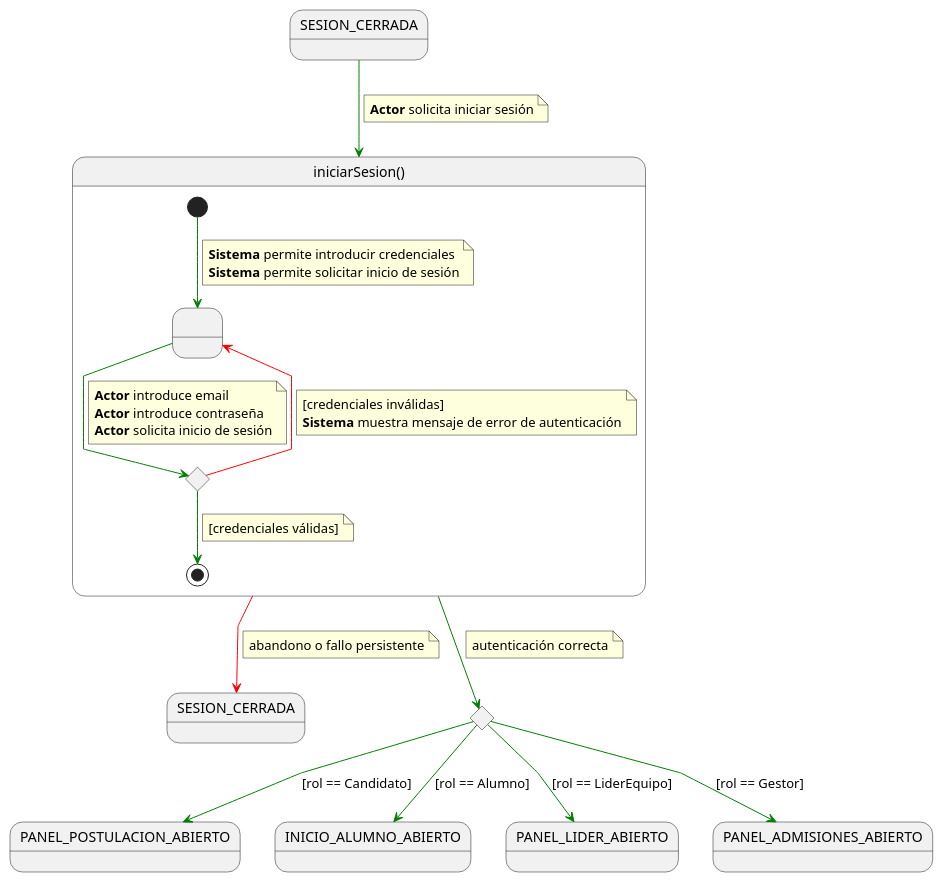
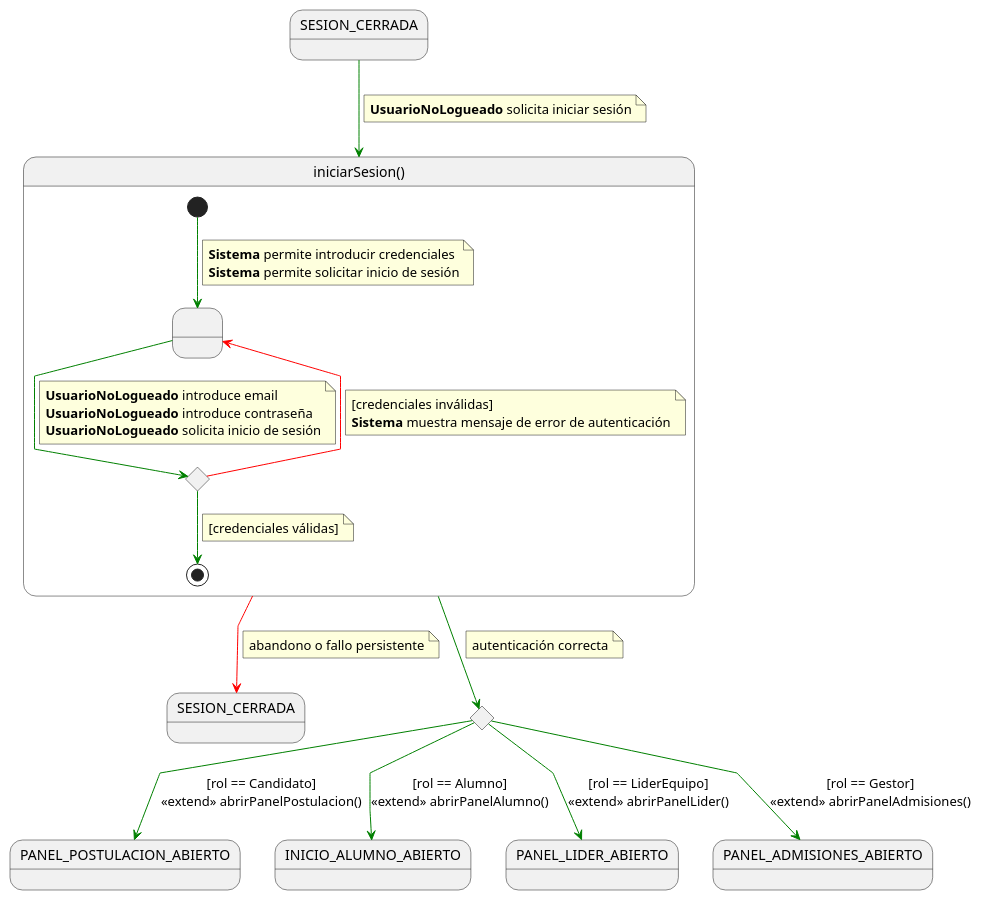
The diagram in RUP/01-requisitos/03-detalle-casos-uso/iniciarSesion/especificacion.puml (TheMoys/CTS-Academy), drawn with PlantUML before and after one commit. The commit also changed 12 other files, not shown here.

Commit message:
feat(requisitos): implementar patrón canónico RUP de acceso con UsuarioNoLogueado, exclusividad de cerrarSesion en roles y <<extend>> condicional a paneles (ADR-011)

```diff
--- a/RUP/01-requisitos/03-detalle-casos-uso/iniciarSesion/especificacion.puml
+++ b/RUP/01-requisitos/03-detalle-casos-uso/iniciarSesion/especificacion.puml
@@ -1,63 +1,63 @@
 @startuml especificacion
 
 skinparam linetype polyline
 
 state SESION_CERRADA
 state SESION_CERRADA_SALIDA as "SESION_CERRADA"
 state PANEL_POSTULACION_ABIERTO as "PANEL_POSTULACION_ABIERTO"
 state INICIO_ALUMNO_ABIERTO as "INICIO_ALUMNO_ABIERTO"
 state PANEL_LIDER_ABIERTO as "PANEL_LIDER_ABIERTO"
 state PANEL_ADMISIONES_ABIERTO as "PANEL_ADMISIONES_ABIERTO"
 
 SESION_CERRADA -[#green]-> iniciarSesion
 note on link
-<b>Actor</b> solicita iniciar sesión
+<b>UsuarioNoLogueado</b> solicita iniciar sesión
 end note
 
 state iniciarSesion as "iniciarSesion()" {
 
     state " " as SolicitandoCredenciales
     state c_auth <<choice>>
 
     [*] -[#green]-> SolicitandoCredenciales
     note on link
     <b>Sistema</b> permite introducir credenciales
     <b>Sistema</b> permite solicitar inicio de sesión
     end note
 
     SolicitandoCredenciales -[#green]-> c_auth
     note on link
-    <b>Actor</b> introduce email
-    <b>Actor</b> introduce contraseña
-    <b>Actor</b> solicita inicio de sesión
+    <b>UsuarioNoLogueado</b> introduce email
+    <b>UsuarioNoLogueado</b> introduce contraseña
+    <b>UsuarioNoLogueado</b> solicita inicio de sesión
     end note
 
     c_auth -[#green]-> [*]
     note on link
     [credenciales válidas]
     end note
 
     c_auth -[#red]-> SolicitandoCredenciales
     note on link
     [credenciales inválidas]
     <b>Sistema</b> muestra mensaje de error de autenticación
     end note
 }
 
 state c_rol <<choice>>
 iniciarSesion -[#green]-> c_rol
 note on link
 autenticación correcta
 end note
 
-c_rol -[#green]-> PANEL_POSTULACION_ABIERTO : [rol == Candidato]
-c_rol -[#green]-> INICIO_ALUMNO_ABIERTO : [rol == Alumno]
-c_rol -[#green]-> PANEL_LIDER_ABIERTO : [rol == LiderEquipo]
-c_rol -[#green]-> PANEL_ADMISIONES_ABIERTO : [rol == Gestor]
+c_rol -[#green]-> PANEL_POSTULACION_ABIERTO : [rol == Candidato]\n<<extend>> abrirPanelPostulacion()
+c_rol -[#green]-> INICIO_ALUMNO_ABIERTO : [rol == Alumno]\n<<extend>> abrirPanelAlumno()
+c_rol -[#green]-> PANEL_LIDER_ABIERTO : [rol == LiderEquipo]\n<<extend>> abrirPanelLider()
+c_rol -[#green]-> PANEL_ADMISIONES_ABIERTO : [rol == Gestor]\n<<extend>> abrirPanelAdmisiones()
 
 iniciarSesion -[#red]-> SESION_CERRADA_SALIDA
 note on link
 abandono o fallo persistente
 end note
 
 @enduml
```
